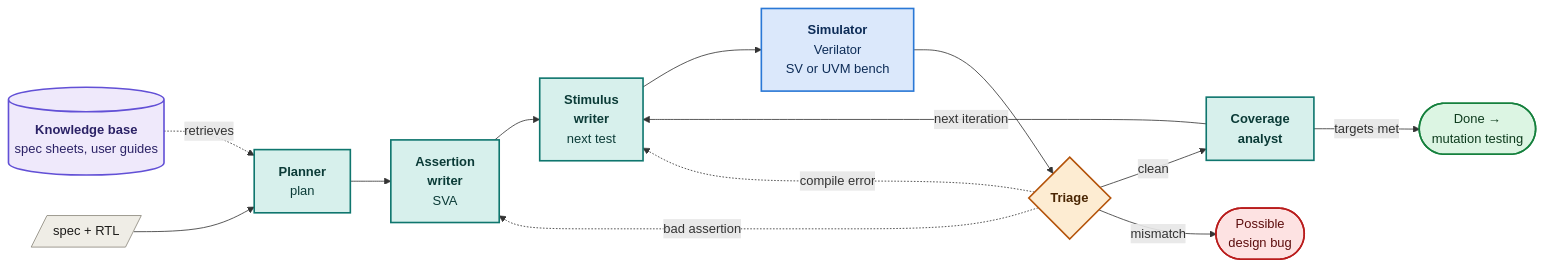
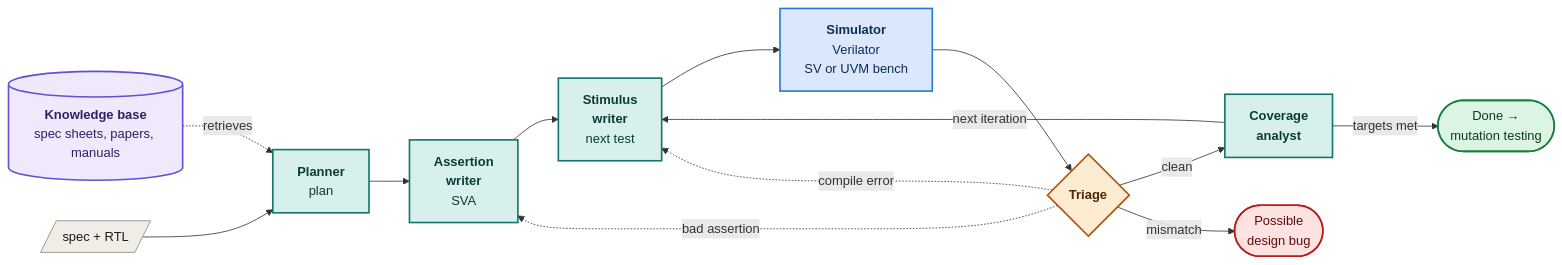
The first of 2 diagrams in README.md (Henil-08/rtl-coverage-agents), drawn with Mermaid before and after one commit. The commit also changed other lines of this file and 10 other files, not shown here.

````diff
--- a/README.md
+++ b/README.md
@@ -97,23 +154,23 @@
 ```mermaid
 flowchart LR
-    KB[("<b>Knowledge base</b><br/>spec sheets, user guides")]:::kb -. "retrieves" .-> PLAN["<b>Planner</b><br/>plan"]:::llm
+    KB[("<b>Knowledge base</b><br/>spec sheets, papers, manuals")]:::kb -. "retrieves" .-> PLAN["<b>Planner</b><br/>plan"]:::llm
     SPEC[/"spec + RTL"/]:::input --> PLAN
     PLAN --> ASSERT["<b>Assertion<br/>writer</b><br/>SVA"]:::llm
     ASSERT --> STIM["<b>Stimulus<br/>writer</b><br/>next test"]:::llm
     STIM --> SIM["<b>Simulator</b><br/>Verilator<br/>SV or UVM bench"]:::tool
     SIM --> TRI{"<b>Triage</b>"}:::rule
     TRI -- clean --> AN["<b>Coverage<br/>analyst</b>"]:::llm
     AN -- "next iteration" --> STIM
     AN -- "targets met" --> DONE(["Done →<br/>mutation testing"]):::done
     TRI -. "compile error" .-> STIM
     TRI -. "bad assertion" .-> ASSERT
     TRI -- mismatch --> BUG(["Possible<br/>design bug"]):::bad
 
     classDef input fill:#efede6,stroke:#8a867b,color:#1c1b19
     classDef kb fill:#efe9fb,stroke:#6250d6,stroke-width:2px,color:#2b2266
     classDef llm fill:#d7f0ec,stroke:#0f766e,stroke-width:2px,color:#0b3b37
     classDef tool fill:#dbe8fb,stroke:#2a78d6,stroke-width:2px,color:#0d2c57
     classDef rule fill:#fdecd2,stroke:#b45309,stroke-width:2px,color:#4a2604
     classDef done fill:#dcf5e3,stroke:#15803d,stroke-width:2px,color:#0d3b1d
     classDef bad fill:#fde2e2,stroke:#b91c1c,stroke-width:2px,color:#5c0d0d
 ```
````
